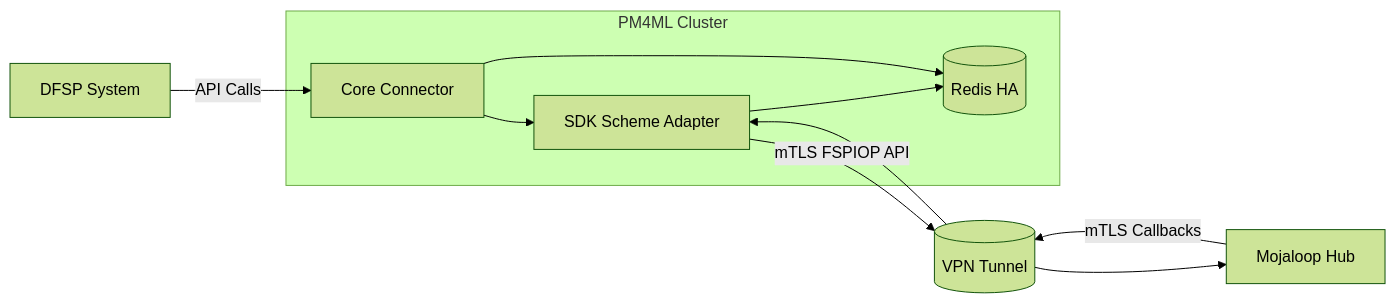
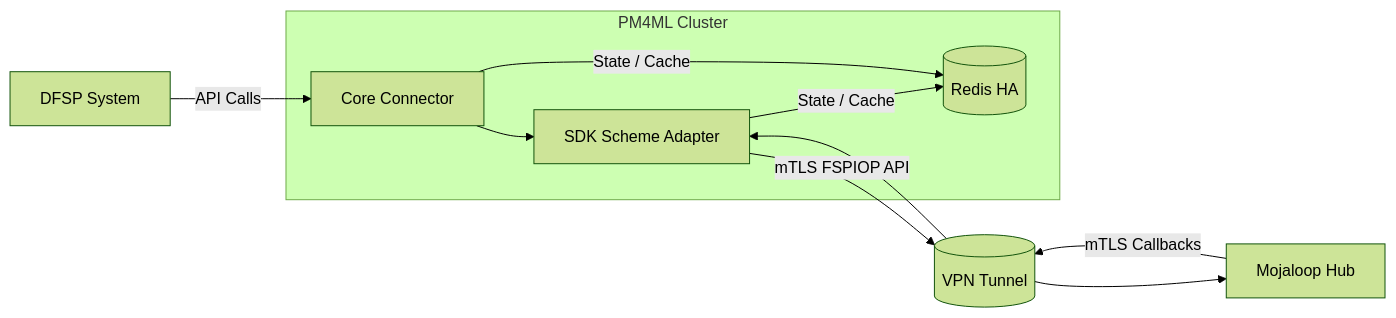
Before and after one commit to ThitsaX/docs: the diagram in docs/deploy-payment-manager-helm.md, drawn with Mermaid (forest theme). The commit also changed 1 other file, not shown here.

Commit message:
add extensions

````diff
--- a/docs/deploy-payment-manager-helm.md
+++ b/docs/deploy-payment-manager-helm.md
@@ -32,27 +32,26 @@
 ```mermaid
 flowchart LR
 
     DFSP[DFSP System]
 
     subgraph PM4ML Cluster
         CORE[Core Connector]
         SDK[SDK Scheme Adapter]
         REDIS[(Redis HA)]
     end
 
     VPN[(VPN Tunnel)]
-
     HUB[Mojaloop Hub]
 
     DFSP -->|API Calls| CORE
     CORE --> SDK
+
+    SDK -->|State / Cache| REDIS
+    CORE -->|State / Cache| REDIS
 
     SDK -->|mTLS FSPIOP API| VPN
     VPN --> HUB
 
     HUB -->|mTLS Callbacks| VPN
     VPN --> SDK
-
-    SDK --> REDIS
-    CORE --> REDIS
 ```
````
